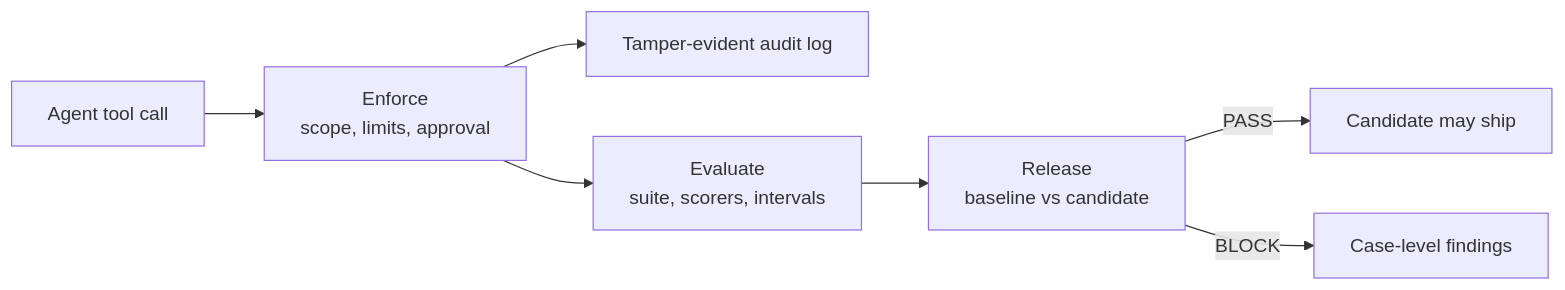
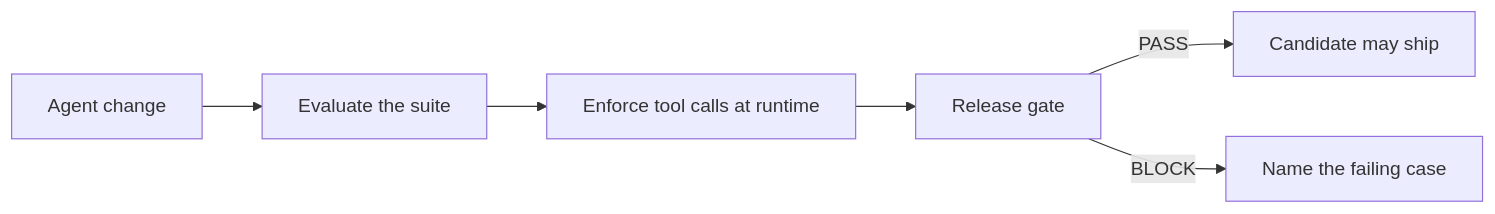
One commit to MadanMohan0537/agent-guardrails changed the diagram in README.md. Above: the diagram before and after it, drawn with Mermaid. The commit also changed other lines of this file and 11 other files, not shown here.

````diff
--- a/README.md
+++ b/README.md
@@ -31,9 +31,8 @@
 ```mermaid
 flowchart LR
-    A[Agent tool call] --> B[Enforce<br/>scope, limits, approval]
-    B --> C[Tamper-evident audit log]
-    B --> D[Evaluate<br/>suite, scorers, intervals]
-    D --> E[Release<br/>baseline vs candidate]
-    E -->|PASS| F[Candidate may ship]
-    E -->|BLOCK| G[Case-level findings]
+  change[Agent change] --> evaluate[Evaluate the suite]
+  evaluate --> enforce[Enforce tool calls at runtime]
+  enforce --> release[Release gate]
+  release -->|PASS| ship[Candidate may ship]
+  release -->|BLOCK| findings[Name the failing case]
 ```
````
